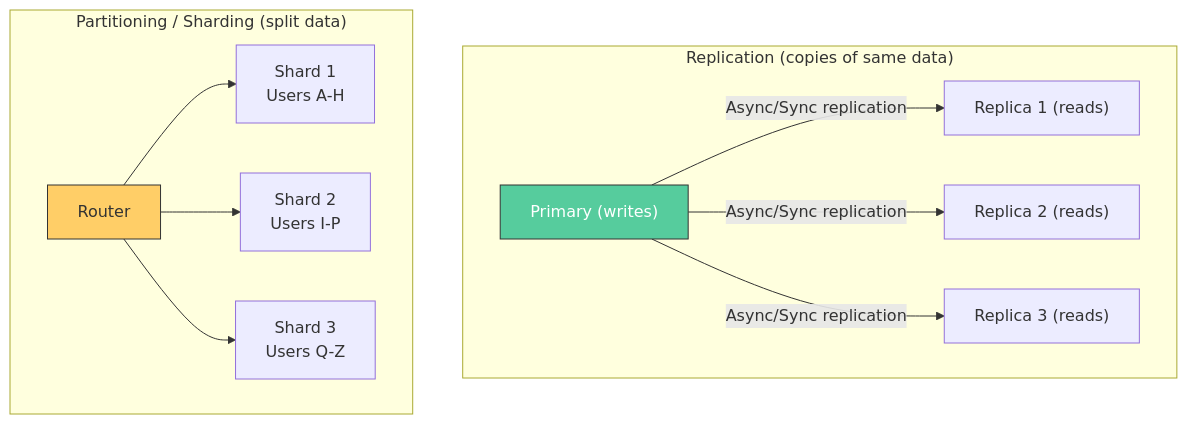
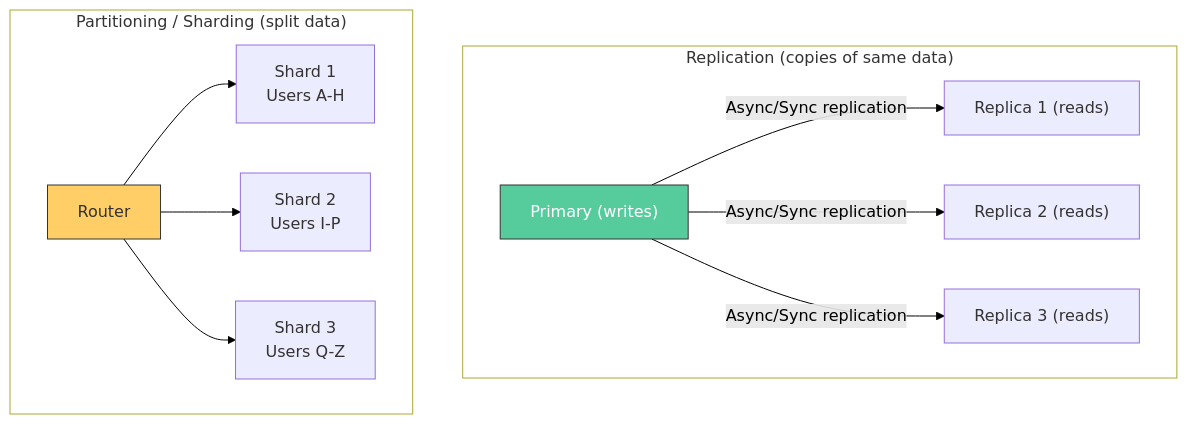
The ninth of 17 diagrams in posts/system-design/System-Design-Interview-QA-2.qmd (tanquangduong/tanquangduong.github.io), drawn with Mermaid before and after one commit. The commit also changed other lines of this file and 204 other files, not shown here.

````diff
--- a/posts/system-design/System-Design-Interview-QA-2.qmd
+++ b/posts/system-design/System-Design-Interview-QA-2.qmd
@@ -467,19 +478,22 @@
 ```{mermaid}
 graph TD
+    linkStyle default stroke:#000,color:#000
     subgraph Replication["Replication (copies of same data)"]
         PRIMARY["Primary (writes)"]
         PRIMARY -->|"Async/Sync replication"| REP1["Replica 1 (reads)"]
         PRIMARY -->|"Async/Sync replication"| REP2["Replica 2 (reads)"]
         PRIMARY -->|"Async/Sync replication"| REP3["Replica 3 (reads)"]
     end
 
     subgraph Partitioning["Partitioning / Sharding (split data)"]
         ROUTER["Router"]
         ROUTER --> SHARD1["Shard 1<br/>Users A-H"]
         ROUTER --> SHARD2["Shard 2<br/>Users I-P"]
         ROUTER --> SHARD3["Shard 3<br/>Users Q-Z"]
     end
 
     style PRIMARY fill:#56cc9d,stroke:#333,color:#fff
     style ROUTER fill:#ffce67,stroke:#333
+    style Replication fill:#fff
+    style Partitioning fill:#fff
 ```
````
